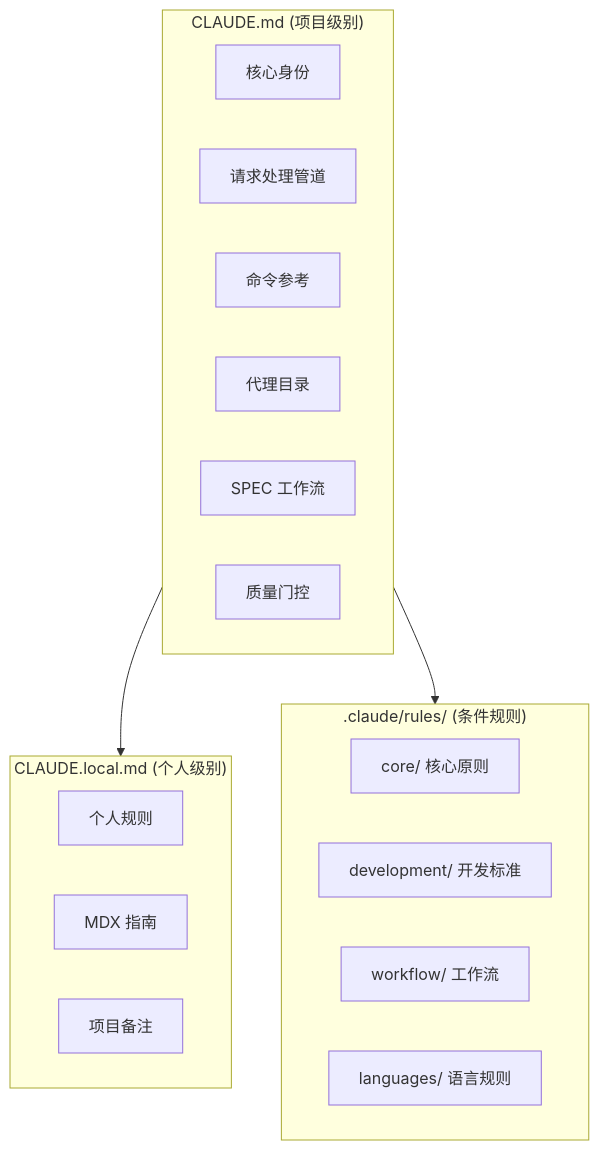
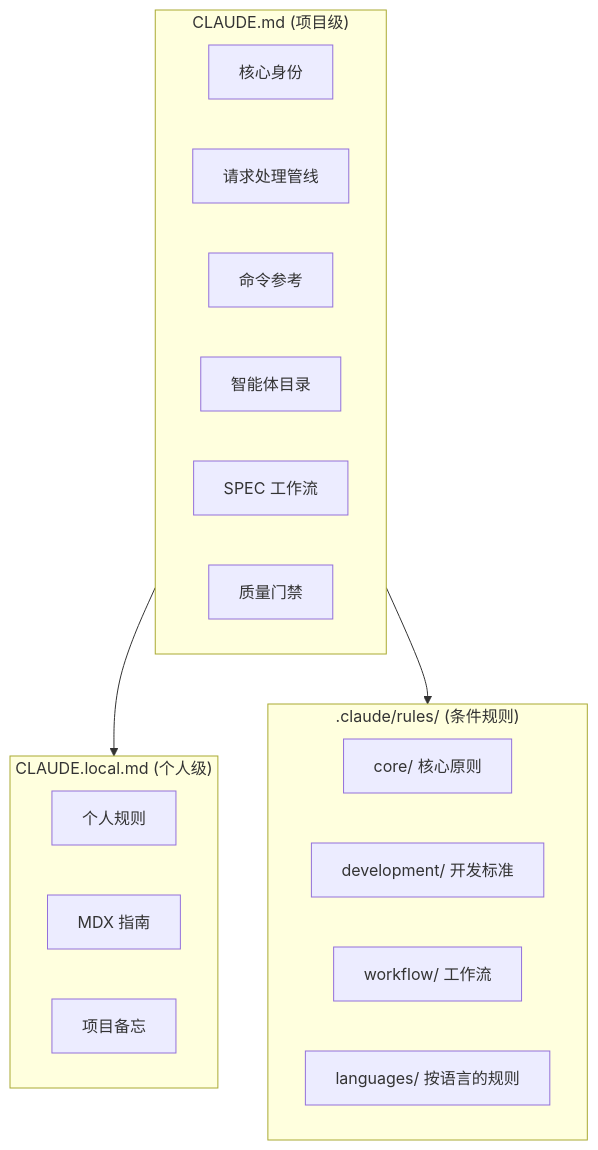
Before and after one commit to modu-ai/moai-adk: the first of 4 diagrams in docs-site/content/zh/advanced/claude-md-guide.md, drawn with Mermaid. The commit also changed other lines of this file and 395 other files, not shown here.

````diff
--- a/docs-site/content/zh/advanced/claude-md-guide.md
+++ b/docs-site/content/zh/advanced/claude-md-guide.md
@@ -23,28 +23,28 @@
 ```mermaid
 flowchart TD
-    subgraph MAIN["CLAUDE.md (项目级别)"]
+    subgraph MAIN["CLAUDE.md (项目级)"]
         M1["核心身份"]
-        M2["请求处理管道"]
+        M2["请求处理管线"]
         M3["命令参考"]
-        M4["代理目录"]
+        M4["智能体目录"]
         M5["SPEC 工作流"]
-        M6["质量门控"]
+        M6["质量门禁"]
     end
 
-    subgraph LOCAL["CLAUDE.local.md (个人级别)"]
+    subgraph LOCAL["CLAUDE.local.md (个人级)"]
         L1["个人规则"]
         L2["MDX 指南"]
-        L3["项目备注"]
+        L3["项目备忘"]
     end
 
     subgraph RULES[".claude/rules/ (条件规则)"]
         R1["core/ 核心原则"]
         R2["development/ 开发标准"]
         R3["workflow/ 工作流"]
-        R4["languages/ 语言规则"]
+        R4["languages/ 按语言的规则"]
     end
 
     MAIN --> LOCAL
     MAIN --> RULES
 
 ```
````
